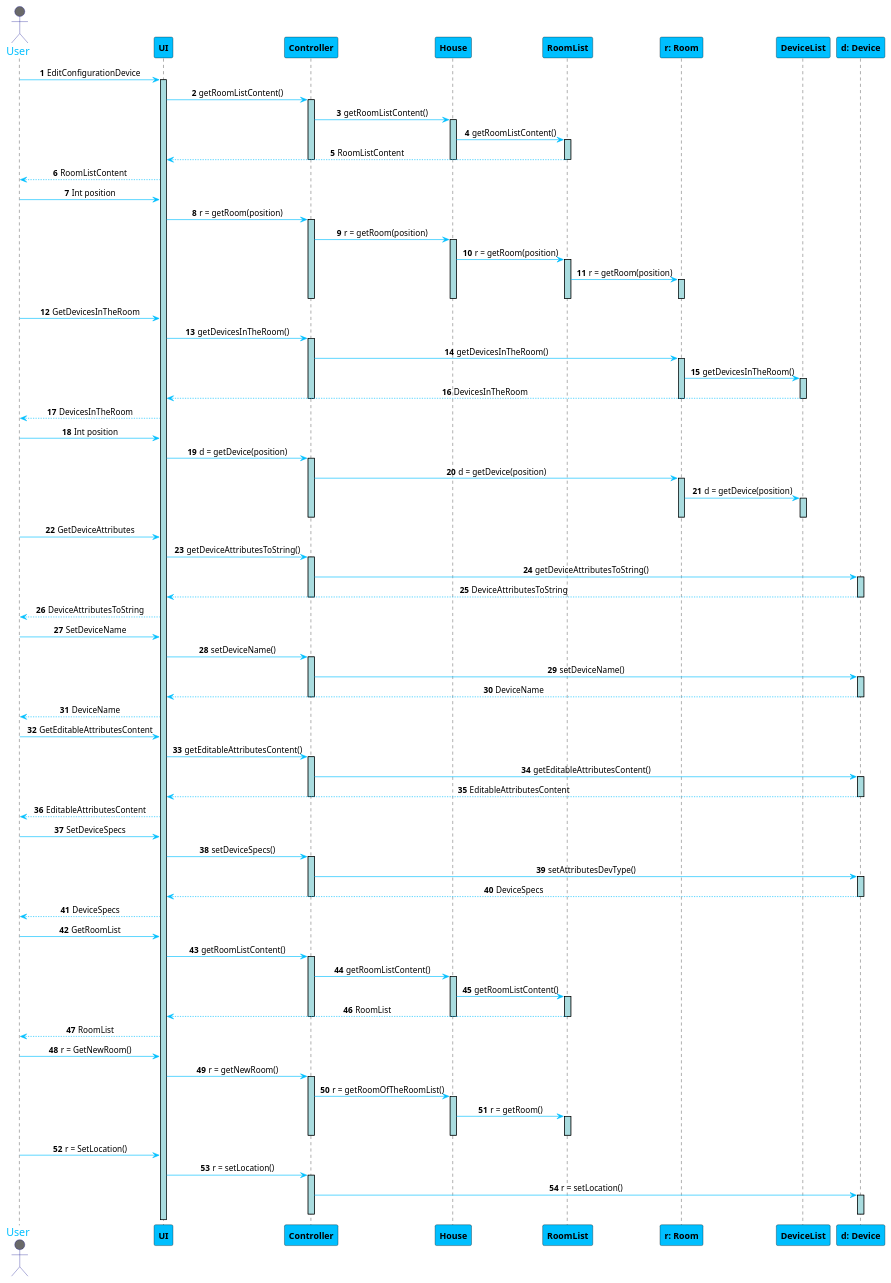
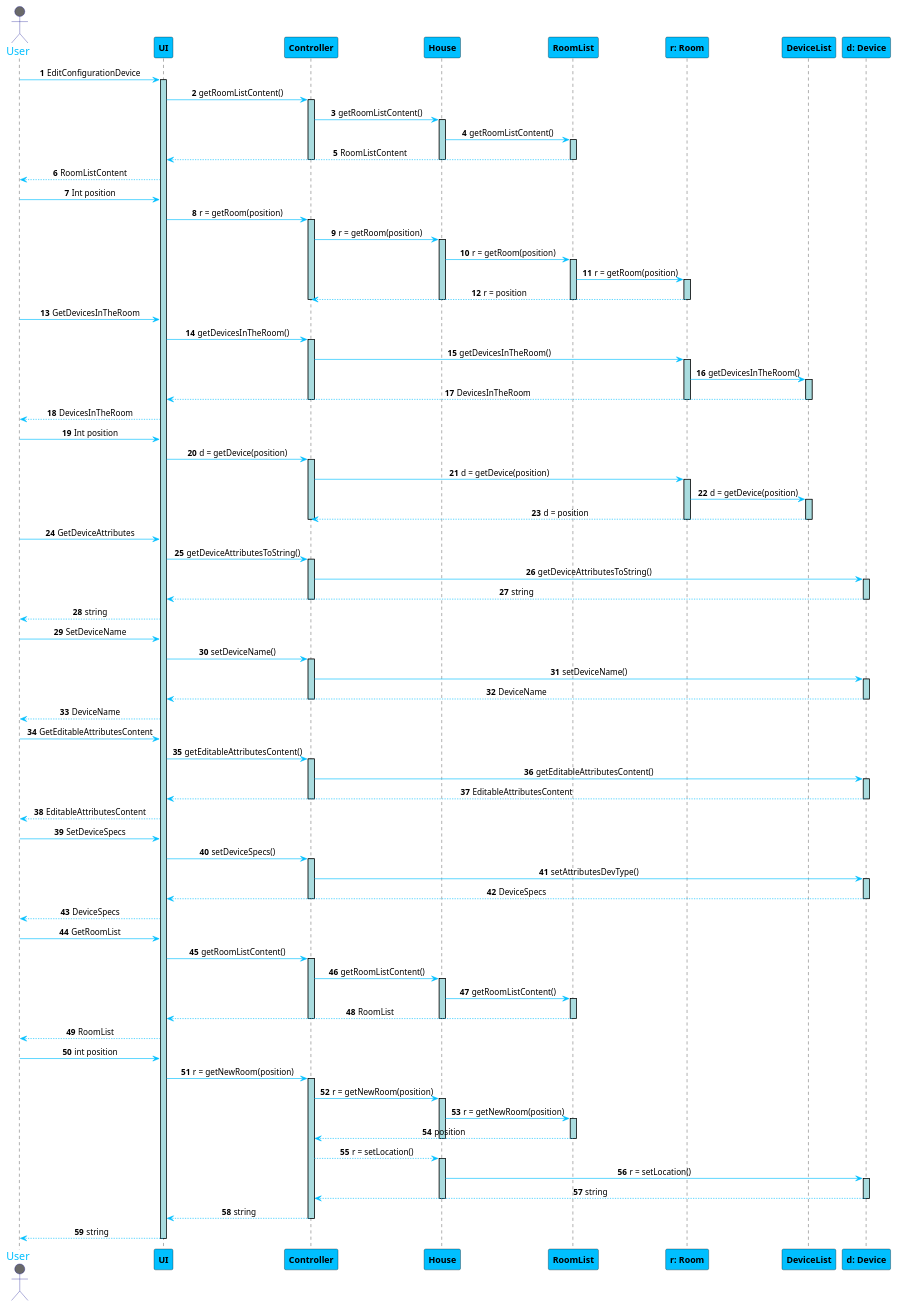
The diagram in src/Docs/Sprint2/EditConfigurationDevice.puml (1181687/hateoasToy), drawn with PlantUML before and after one commit.

Commit message:
change EditConfigurationDevice sequence diagram

```diff
--- a/src/Docs/Sprint2/EditConfigurationDevice.puml
+++ b/src/Docs/Sprint2/EditConfigurationDevice.puml
@@ -1,147 +1,152 @@
 @startuml
 skinparam sequenceMessageAlign center
 skinparam sequence {
 	ArrowColor DeepSkyBlue
 	ActorBorderColor DarkBlue
 	LifeLineBorderColor black
 	LifeLineBackgroundColor #A9DCDF
 
 	ParticipantBorderColor Black
 	ParticipantBackgroundColor DeepSkyBlue
 	ParticipantFontStyle Bold
 
 	ActorBackgroundColor DimGrey
 	ActorFontColor DeepSkyBlue
 	ActorFontSize 17
 	ActorFontName Aapex
 }
 
 autonumber
 actor User
 User -> UI: EditConfigurationDevice
 activate UI
 UI -> Controller: getRoomListContent()
 activate Controller
 Controller -> House: getRoomListContent()
 activate House
 House -> RoomList: getRoomListContent()
 activate RoomList
 UI <-- RoomList: RoomListContent
 deactivate RoomList
 deactivate House
 deactivate Controller
 User <-- UI: RoomListContent
 
 User -> UI: Int position
 UI -> Controller: r = getRoom(position)
 activate Controller
 Controller -> House: r = getRoom(position)
 activate House
 House -> RoomList: r = getRoom(position)
 activate RoomList
 RoomList -> "r: Room": r = getRoom(position)
 activate "r: Room"
+Controller <-- "r: Room": r = position
 deactivate "r: Room"
 deactivate RoomList
 deactivate House
 deactivate Controller
 
 User -> UI: GetDevicesInTheRoom
 UI -> Controller: getDevicesInTheRoom()
 activate Controller
 Controller -> "r: Room": getDevicesInTheRoom()
 activate "r: Room"
 "r: Room" -> DeviceList: getDevicesInTheRoom()
 activate DeviceList
 UI <-- DeviceList: DevicesInTheRoom
 deactivate DeviceList
 deactivate "r: Room"
 deactivate Controller
 User <-- UI: DevicesInTheRoom
 
 User -> UI: Int position
 UI -> Controller: d = getDevice(position)
 activate Controller
 Controller -> "r: Room": d = getDevice(position)
 activate "r: Room"
 "r: Room" -> DeviceList: d = getDevice(position)
 activate DeviceList
+Controller <-- DeviceList : d = position
 deactivate DeviceList
 deactivate "r: Room"
 deactivate Controller
 
 User -> UI: GetDeviceAttributes
 UI -> Controller: getDeviceAttributesToString()
 activate Controller
 Controller -> "d: Device": getDeviceAttributesToString()
 activate "d: Device"
-UI <-- "d: Device": DeviceAttributesToString
+UI <-- "d: Device": string
 deactivate "d: Device"
 deactivate Controller
-User <-- UI: DeviceAttributesToString
+User <-- UI: string
 
 User -> UI: SetDeviceName
 UI -> Controller: setDeviceName()
 activate Controller
 Controller -> "d: Device": setDeviceName()
 activate "d: Device"
 UI <-- "d: Device": DeviceName
 deactivate "d: Device"
 deactivate Controller
 User <-- UI: DeviceName
 
 User -> UI: GetEditableAttributesContent
 UI -> Controller: getEditableAttributesContent()
 activate Controller
 Controller -> "d: Device": getEditableAttributesContent()
 activate "d: Device"
 UI <-- "d: Device": EditableAttributesContent
 deactivate "d: Device"
 deactivate Controller
 User <-- UI: EditableAttributesContent
 
 User -> UI: SetDeviceSpecs
 UI -> Controller: setDeviceSpecs()
 activate Controller
 Controller -> "d: Device": setAttributesDevType()
 activate "d: Device"
 UI <-- "d: Device": DeviceSpecs
 deactivate "d: Device"
 deactivate Controller
 User <-- UI: DeviceSpecs
 
 User -> UI: GetRoomList
 UI -> Controller: getRoomListContent()
 activate Controller
 Controller -> House: getRoomListContent()
 activate House
 House -> RoomList: getRoomListContent()
 activate RoomList
 UI <-- RoomList: RoomList
 deactivate RoomList
 deactivate House
 deactivate Controller
 User <-- UI: RoomList
 
-User -> UI: r = GetNewRoom()
-UI -> Controller: r = getNewRoom()
+User -> UI: int position
+UI -> Controller: r = getNewRoom(position)
 activate Controller
-Controller -> House: r = getRoomOfTheRoomList()
+Controller -> House: r = getNewRoom(position)
 activate House
-House -> RoomList: r = getRoom()
+House -> RoomList: r = getNewRoom(position)
 activate RoomList
+Controller <-- RoomList: position
 deactivate RoomList
 deactivate House
+
+Controller --> House : r = setLocation()
+activate House
+House -> "d: Device": r = setLocation()
+activate "d: Device"
+Controller <-- "d: Device": string
+deactivate "d: Device"
+deactivate House
+UI <-- Controller: string
 deactivate Controller
+User <-- UI: string
+deactivate UI
 
 
-User -> UI: r = SetLocation()
-UI -> Controller: r = setLocation()
-activate Controller
-Controller -> "d: Device": r = setLocation()
-activate "d: Device"
-deactivate "d: Device"
-deactivate House
-deactivate Controller
-
 @enduml
```
